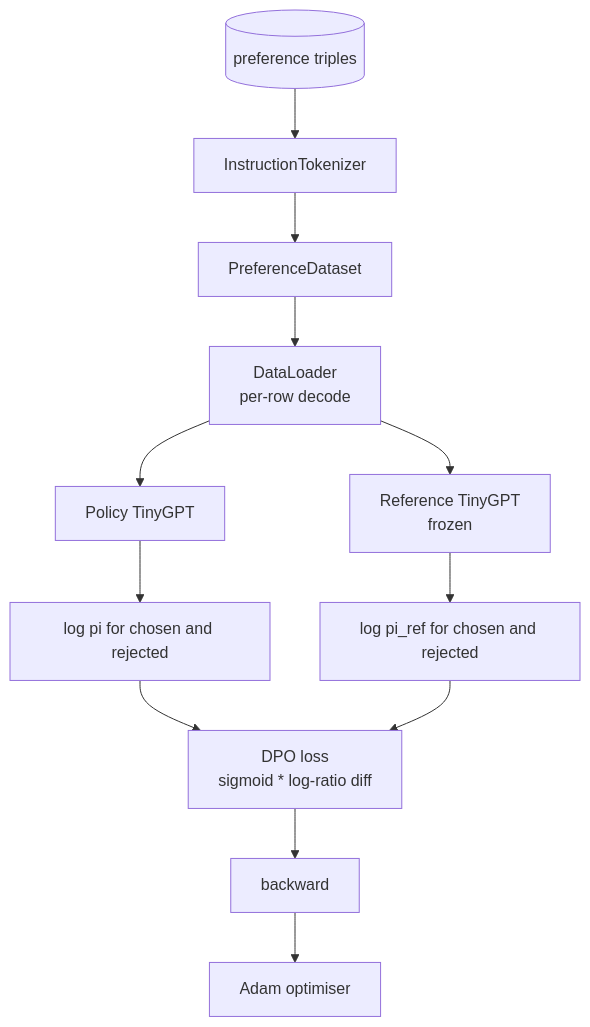
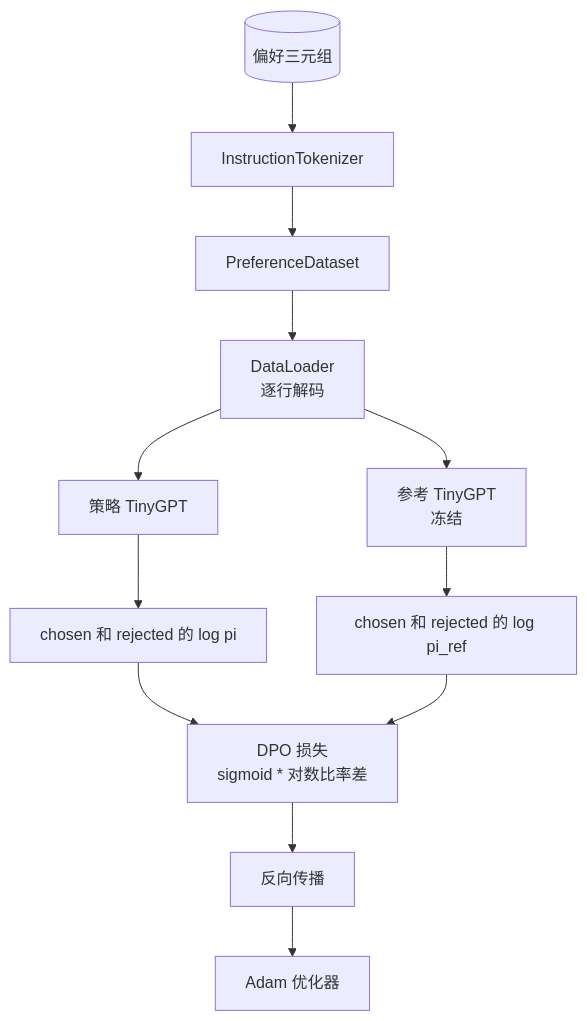
The second of 2 diagrams in phases/19-capstone-projects/40-dpo-from-scratch/docs/zh.md (alessandrodinisio-ai/ai-engineering-learning-framework), drawn with Mermaid before and after one commit. The commit also changed other lines of this file and 120 other files, not shown here.

First line of the commit message:
i18n(mermaid): 337 个 mermaid 图表标签中文化

````diff
--- a/phases/19-capstone-projects/40-dpo-from-scratch/docs/zh.md
+++ b/phases/19-capstone-projects/40-dpo-from-scratch/docs/zh.md
@@ -118,14 +118,14 @@
 ```mermaid
 flowchart TD
-  P[(preference triples)] --> Tok[InstructionTokenizer]
+  P[(偏好三元组)] --> Tok[InstructionTokenizer]
   Tok --> DS[PreferenceDataset]
-  DS --> DL[DataLoader<br/>per-row decode]
-  DL --> Pol[Policy TinyGPT]
-  DL --> Ref[Reference TinyGPT<br/>frozen]
-  Pol --> LP[log pi for chosen and rejected]
-  Ref --> LR[log pi_ref for chosen and rejected]
-  LP --> Loss[DPO loss<br/>sigmoid * log-ratio diff]
+  DS --> DL[DataLoader<br/>逐行解码]
+  DL --> Pol[策略 TinyGPT]
+  DL --> Ref[参考 TinyGPT<br/>冻结]
+  Pol --> LP[chosen 和 rejected 的 log pi]
+  Ref --> LR[chosen 和 rejected 的 log pi_ref]
+  LP --> Loss[DPO 损失<br/>sigmoid * 对数比率差]
   LR --> Loss
-  Loss --> Bwd[backward]
-  Bwd --> Opt[Adam optimiser]
+  Loss --> Bwd[反向传播]
+  Bwd --> Opt[Adam 优化器]
 ```
````
